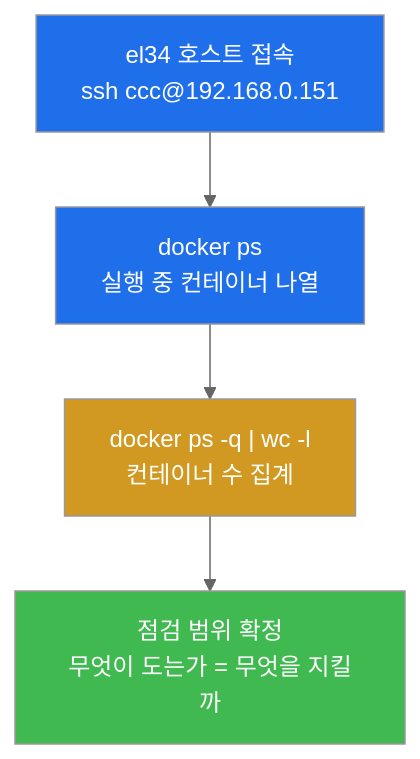
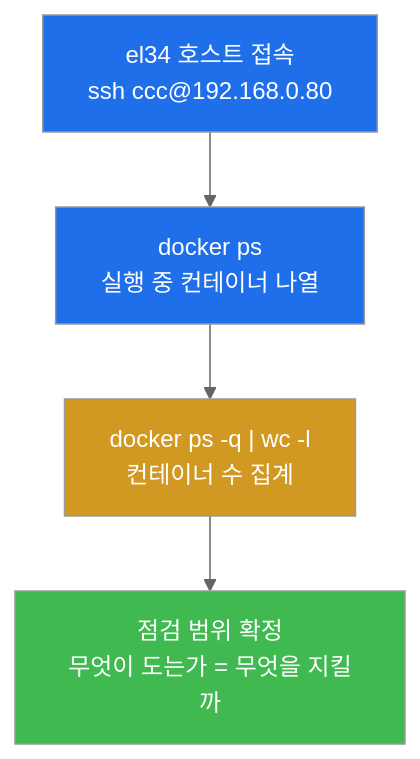
Before and after one commit to mrgrit/tw2: the second of 9 diagrams in contents/training/cloud-container/lecture_week01.md, drawn with Mermaid (neutral theme). The commit also changed other lines of this file and 119 other files, not shown here.

````diff
--- a/contents/training/cloud-container/lecture_week01.md
+++ b/contents/training/cloud-container/lecture_week01.md
@@ -271,12 +271,12 @@
 ```mermaid
 graph TD
-    SSH["el34 호스트 접속<br/>ssh ccc@192.168.0.151"]
+    SSH["el34 호스트 접속<br/>ssh ccc@192.168.0.80"]
     PS["docker ps<br/>실행 중 컨테이너 나열"]
     COUNT["docker ps -q | wc -l<br/>컨테이너 수 집계"]
     SCOPE["점검 범위 확정<br/>무엇이 도는가 = 무엇을 지킬까"]
     SSH --> PS --> COUNT --> SCOPE
     style SSH fill:#1f6feb,color:#fff
     style PS fill:#1f6feb,color:#fff
     style COUNT fill:#d29922,color:#fff
     style SCOPE fill:#3fb950,color:#fff
 ```
````
